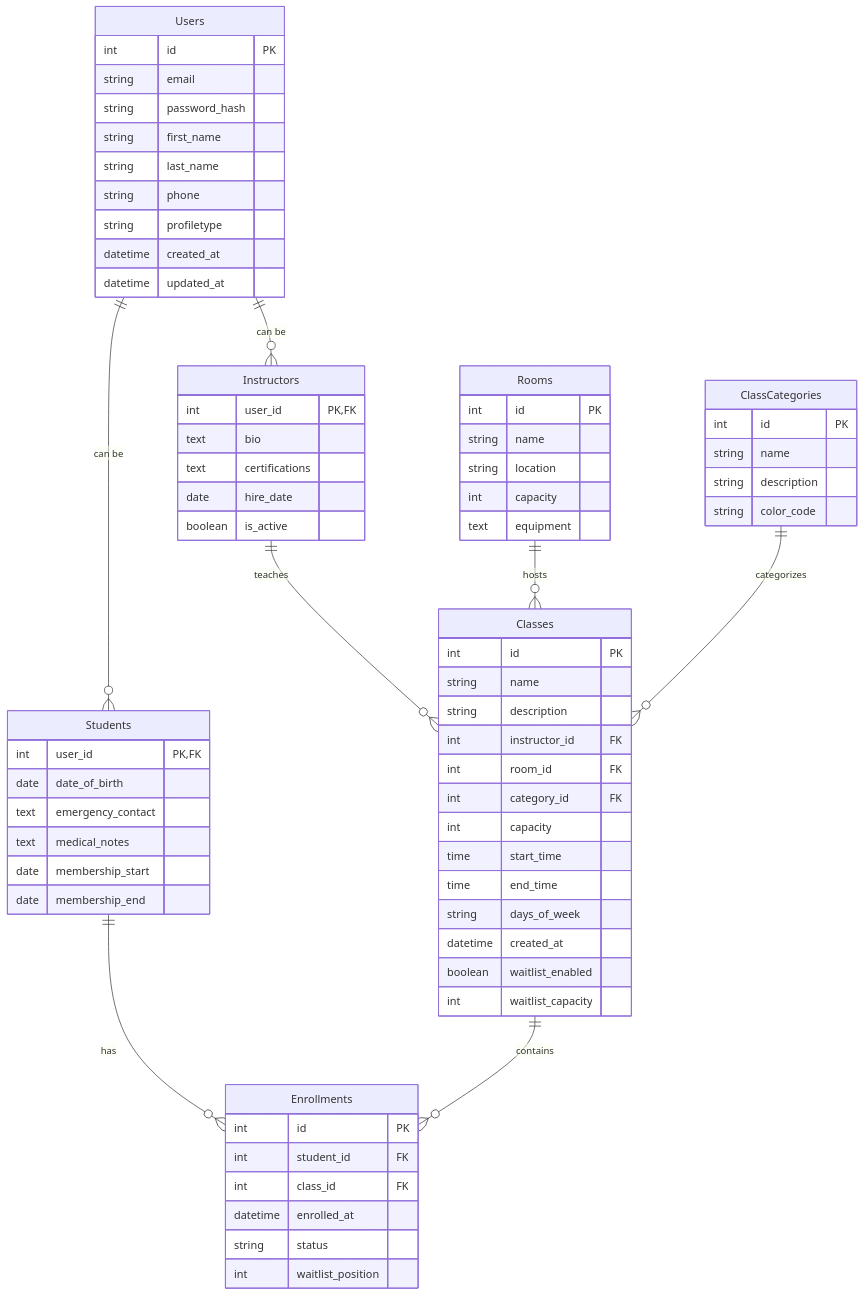
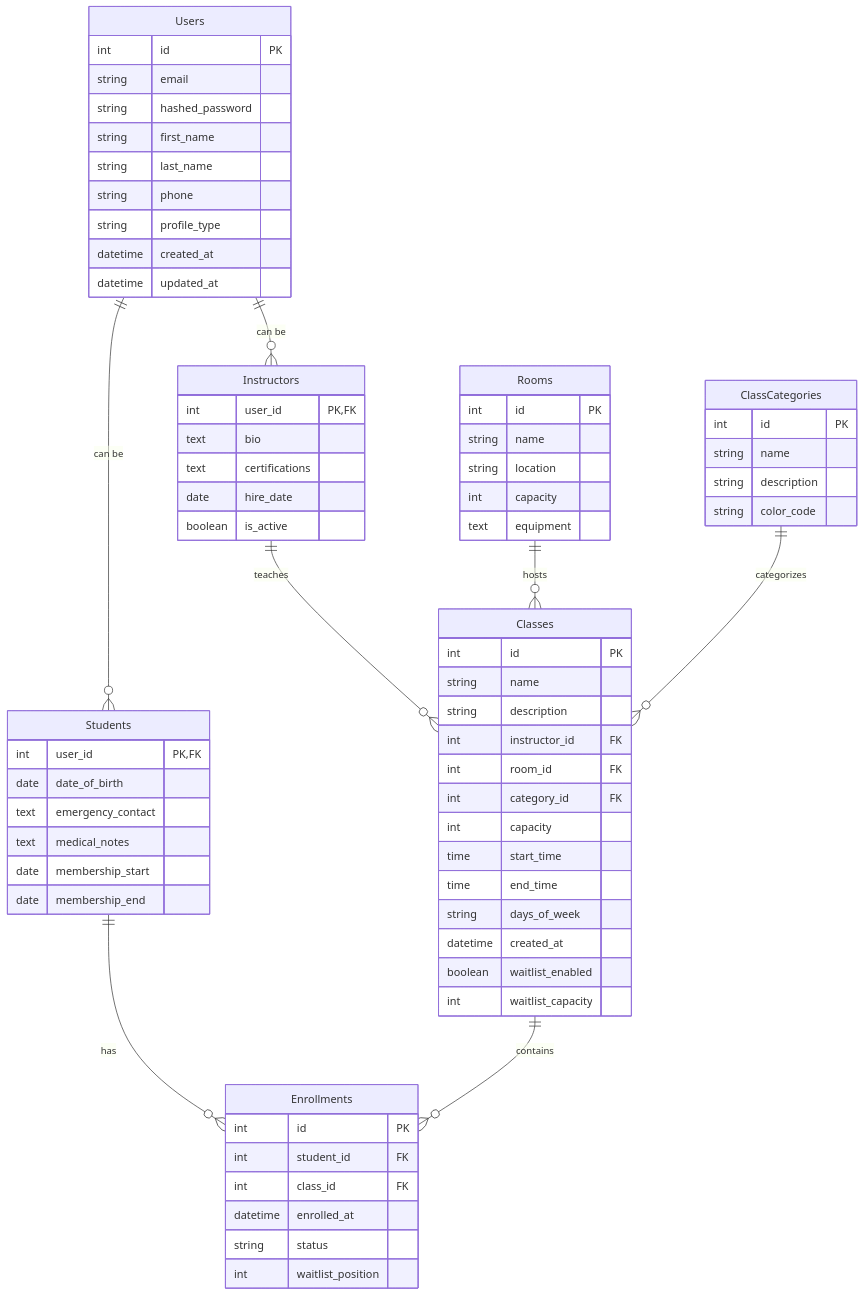
One commit to joelbarton406/gym-backend changed the diagram in erd.md. Above: the diagram before and after it, drawn with Mermaid. The commit also changed other lines of this file and 24 other files, not shown here.

````diff
--- a/erd.md
+++ b/erd.md
@@ -1,79 +6,79 @@
 ```mermaid
 erDiagram
     Users {
         int id PK
         string email
-        string password_hash
+        string hashed_password
         string first_name
         string last_name
         string phone
-        string profiletype
+        string profile_type
         datetime created_at
         datetime updated_at
     }
 
     Students {
         int user_id PK,FK
         date date_of_birth
         text emergency_contact
         text medical_notes
         date membership_start
         date membership_end
     }
 
     Instructors {
         int user_id PK,FK
         text bio
         text certifications
         date hire_date
         boolean is_active
     }
 
     ClassCategories {
         int id PK
         string name
         string description
         string color_code
     }
 
     Classes {
         int id PK
         string name
         string description
         int instructor_id FK
         int room_id FK
         int category_id FK
         int capacity
         time start_time
         time end_time
         string days_of_week
         datetime created_at
         boolean waitlist_enabled
         int waitlist_capacity
     }
 
     Rooms {
         int id PK
         string name
         string location
         int capacity
         text equipment
     }
 
     Enrollments {
         int id PK
         int student_id FK
         int class_id FK
         datetime enrolled_at
         string status
         int waitlist_position
     }
 
     Users ||--o{ Students : "can be"
     Users ||--o{ Instructors : "can be"
     Instructors ||--o{ Classes : teaches
     Rooms ||--o{ Classes : hosts
     Students ||--o{ Enrollments : has
     Classes ||--o{ Enrollments : contains
     ClassCategories ||--o{ Classes : categorizes
 ```
````
